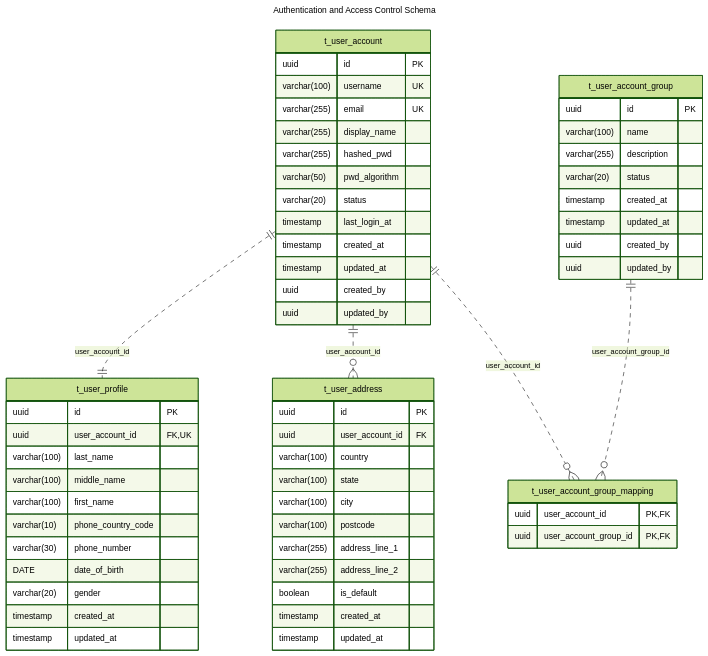
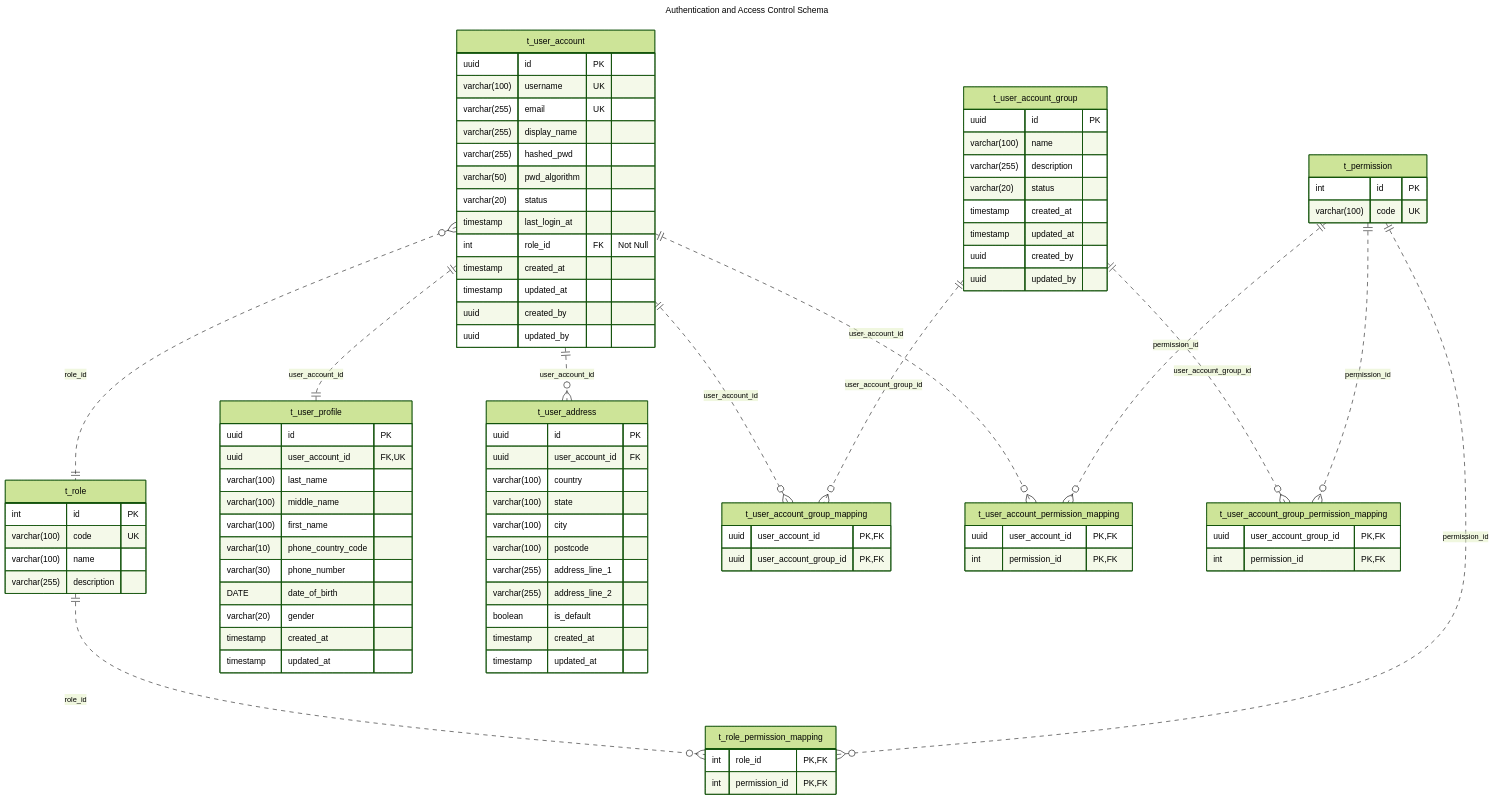
One commit to va4815/stockflow-docs changed the diagram in database/modules/authentication-erd.md. Above: the diagram before and after it, drawn with Mermaid (forest theme).

Commit message:
docs: add role and permission table

````diff
--- a/database/modules/authentication-erd.md
+++ b/database/modules/authentication-erd.md
@@ -17,12 +17,15 @@
         
         varchar(20) status
         timestamp last_login_at
+
+        int role_id FK "Not Null"
         
         timestamp created_at
         timestamp updated_at
         uuid created_by
         uuid updated_by
     }
+    t_user_account }o..|| t_role : role_id
 
     t_user_profile {
         uuid id PK
@@ -85,4 +88,38 @@
     t_user_account_group ||..o{ t_user_account_group_mapping : user_account_group_id
 
 
+    t_role {
+        int id PK
+        varchar(100) code UK
+        varchar(100) name
+        varchar(255) description
+    }
+
+    t_permission {
+        int id PK
+        varchar(100) code UK
+    }
+
+    t_user_account_permission_mapping {
+        uuid user_account_id PK, FK
+        int permission_id PK, FK
+    }
+    t_user_account ||..o{ t_user_account_permission_mapping : user_account_id
+    t_permission ||..o{ t_user_account_permission_mapping : permission_id
+
+    t_role_permission_mapping {
+        int role_id PK, FK
+        int permission_id PK, FK
+    }
+    t_role ||..o{ t_role_permission_mapping : role_id
+    t_permission ||..o{ t_role_permission_mapping : permission_id
+
+    t_user_account_group_permission_mapping {
+        uuid user_account_group_id PK, FK
+        int permission_id PK, FK
+    }
+    t_user_account_group ||..o{ t_user_account_group_permission_mapping : user_account_group_id
+    t_permission ||..o{ t_user_account_group_permission_mapping : permission_id
+
+    
 ```
````
